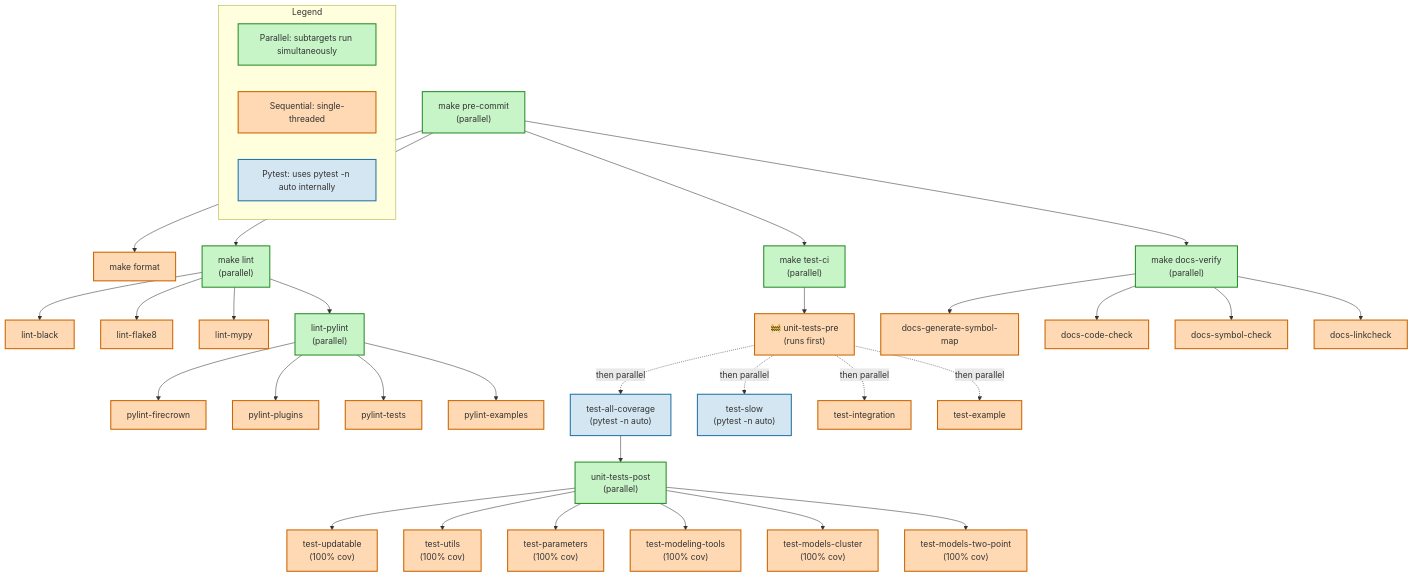
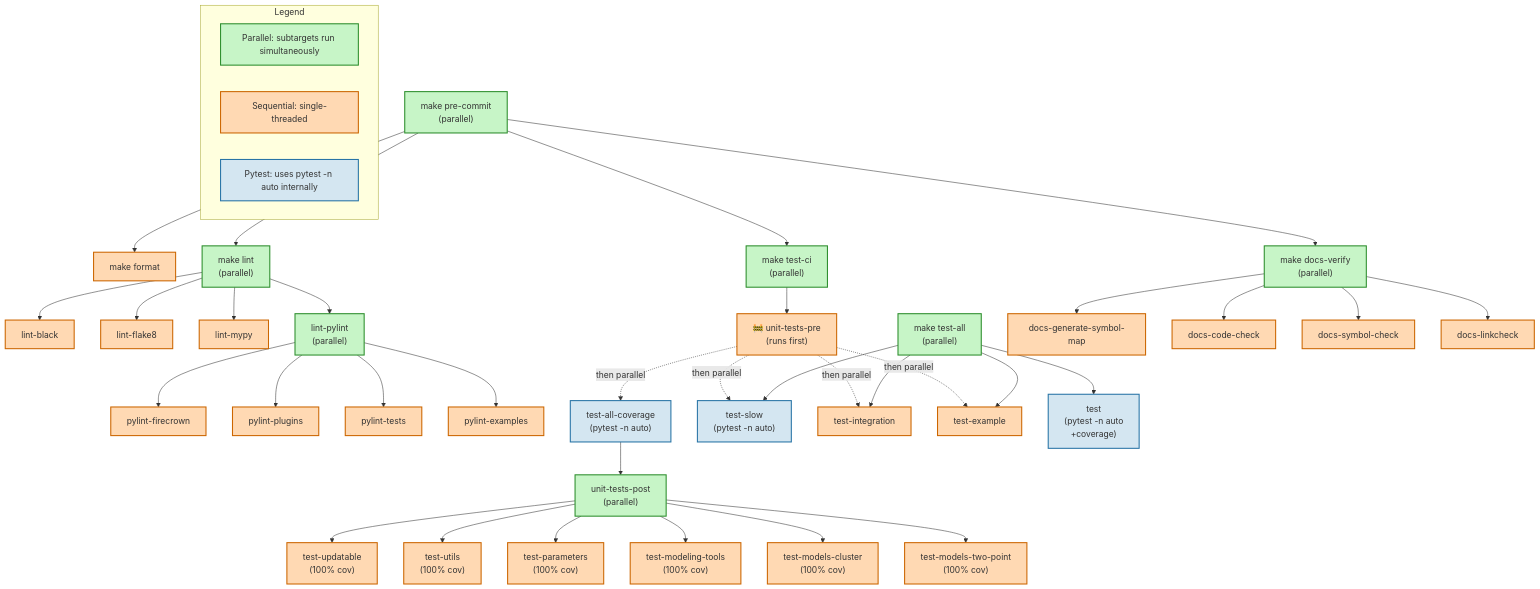
One commit to LSSTDESC/firecrown changed the second of 2 diagrams in CONTRIBUTING.md. Above: the diagram before and after it, drawn with Mermaid. The commit also changed other lines of this file and 2 other files, not shown here.

First line of the commit message:
Fix test target and integration opt-in

````diff
--- a/CONTRIBUTING.md
+++ b/CONTRIBUTING.md
@@ -119,55 +126,62 @@
 ```mermaid
 graph TD
     classDef parallel fill:#c7f5c7,stroke:#2d8e2d,stroke-width:2px;
     classDef sequential fill:#ffd9b3,stroke:#cc6600,stroke-width:2px;
     classDef pytest fill:#d4e6f1,stroke:#2874a6,stroke-width:2px;
     
     pre-commit["make pre-commit<br/>(parallel)"]:::parallel
     
     %% Pre-commit parallel branches
     pre-commit --> format["make format"]:::sequential
     pre-commit --> lint["make lint<br/>(parallel)"]:::parallel
     pre-commit --> docs-verify["make docs-verify<br/>(parallel)"]:::parallel
     pre-commit --> test-ci["make test-ci<br/>(parallel)"]:::parallel
     
     %% Lint parallelism
     lint --> lint-black["lint-black"]:::sequential
     lint --> lint-flake8["lint-flake8"]:::sequential
     lint --> lint-mypy["lint-mypy"]:::sequential
     lint --> lint-pylint["lint-pylint<br/>(parallel)"]:::parallel
     
     lint-pylint --> pylint-fc["pylint-firecrown"]:::sequential
     lint-pylint --> pylint-plug["pylint-plugins"]:::sequential
     lint-pylint --> pylint-test["pylint-tests"]:::sequential
     lint-pylint --> pylint-ex["pylint-examples"]:::sequential
     
     %% Test-CI parallelism (after unit-tests-pre barrier)
     test-ci --> barrier["🚧 unit-tests-pre<br/>(runs first)"]:::sequential
     barrier -.->|then parallel| test-all-cov["test-all-coverage<br/>(pytest -n auto)"]:::pytest
     barrier -.->|then parallel| test-slow["test-slow<br/>(pytest -n auto)"]:::pytest
     barrier -.->|then parallel| test-int["test-integration"]:::sequential
     barrier -.->|then parallel| test-ex["test-example"]:::sequential
     
+    %% Test-all parallelism
+    test-all["make test-all<br/>(parallel)"]:::parallel
+    test-all --> test-run["test<br/>(pytest -n auto<br/>+coverage)"]:::pytest
+    test-all --> test-slow
+    test-all --> test-int
+    test-all --> test-ex
+    
     %% Unit tests post parallelism
     test-all-cov --> unit-post["unit-tests-post<br/>(parallel)"]:::parallel
     
     unit-post --> t-upd["test-updatable<br/>(100% cov)"]:::sequential
     unit-post --> t-util["test-utils<br/>(100% cov)"]:::sequential
     unit-post --> t-param["test-parameters<br/>(100% cov)"]:::sequential
     unit-post --> t-model["test-modeling-tools<br/>(100% cov)"]:::sequential
     unit-post --> t-clus["test-models-cluster<br/>(100% cov)"]:::sequential
     unit-post --> t-two["test-models-two-point<br/>(100% cov)"]:::sequential
     
     %% Docs verify parallelism
     docs-verify --> dg-map["docs-generate-symbol-map"]:::sequential
     docs-verify --> d-code["docs-code-check"]:::sequential
     docs-verify --> d-sym["docs-symbol-check"]:::sequential
     docs-verify --> d-link["docs-linkcheck"]:::sequential
     
     %% Legend
     subgraph legend["Legend"]
         leg-par["Parallel: subtargets run simultaneously"]:::parallel
         leg-seq["Sequential: single-threaded"]:::sequential
         leg-pytest["Pytest: uses pytest -n auto internally"]:::pytest
     end
 ```
````
